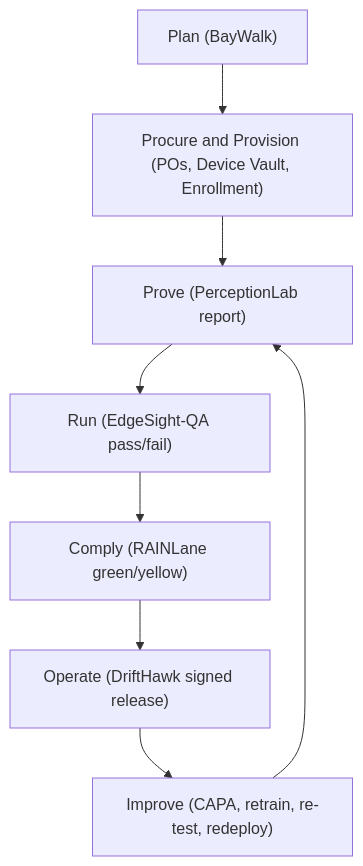
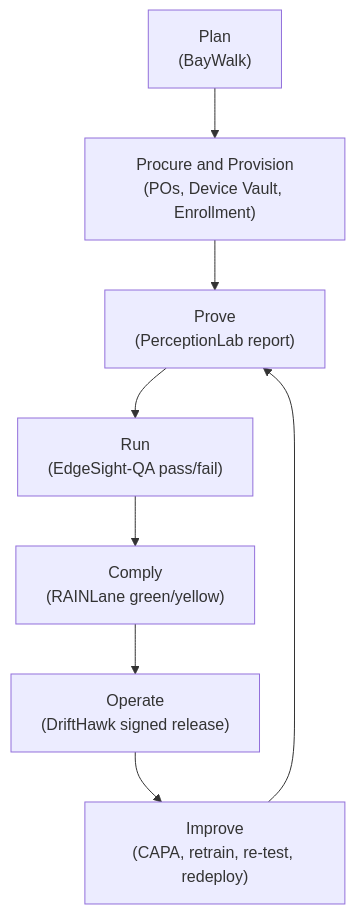
One commit to aurelius-in/OPERAIN changed the first of 2 diagrams in README.md. Above: the diagram before and after it, drawn with Mermaid.

````diff
--- a/README.md
+++ b/README.md
@@ -167,11 +167,12 @@
 ```mermaid
 flowchart TB
-  A["Plan (BayWalk)"] --> B["Procure and Provision (POs, Device Vault, Enrollment)"]
-  B --> C["Prove (PerceptionLab report)"]
-  C --> D["Run (EdgeSight-QA pass/fail)"]
-  D --> E["Comply (RAINLane green/yellow)"]
-  E --> F["Operate (DriftHawk signed release)"]
-  F --> G["Improve (CAPA, retrain, re-test, redeploy)"]
+  A["Plan<br/>(BayWalk)"] --> B["Procure and Provision<br/>(POs, Device Vault, Enrollment)"]
+  B --> C["Prove<br/>(PerceptionLab report)"]
+  C --> D["Run<br/>(EdgeSight-QA pass/fail)"]
+  D --> E["Comply<br/>(RAINLane green/yellow)"]
+  E --> F["Operate<br/>(DriftHawk signed release)"]
+  F --> G["Improve<br/>(CAPA, retrain, re-test, redeploy)"]
   G --> C
 
+
 ```
````
